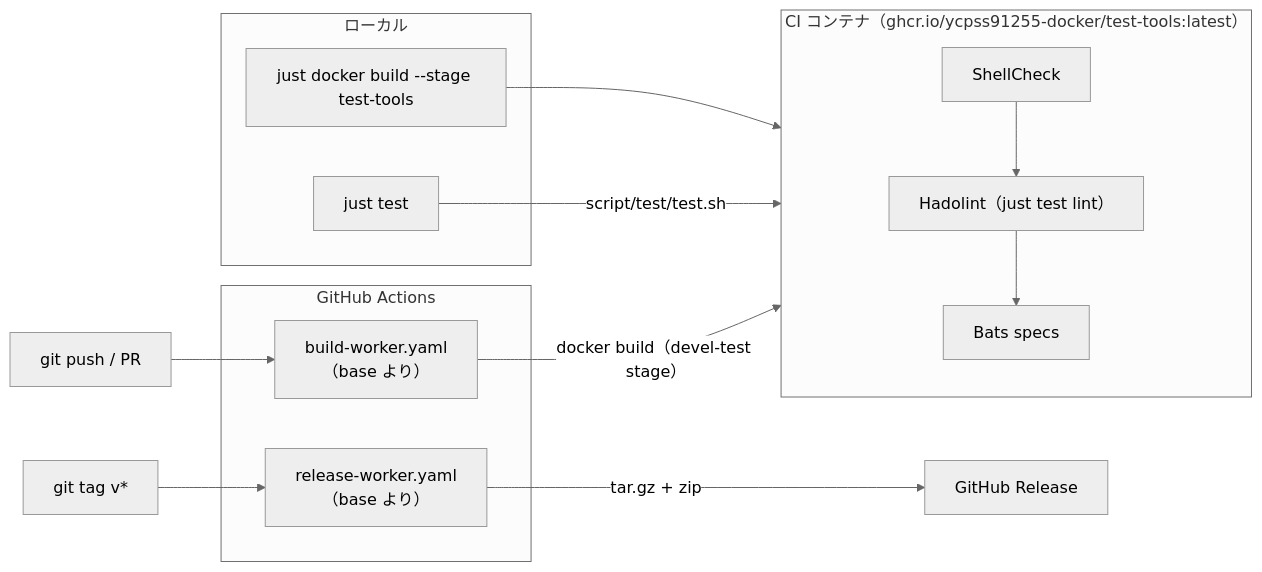
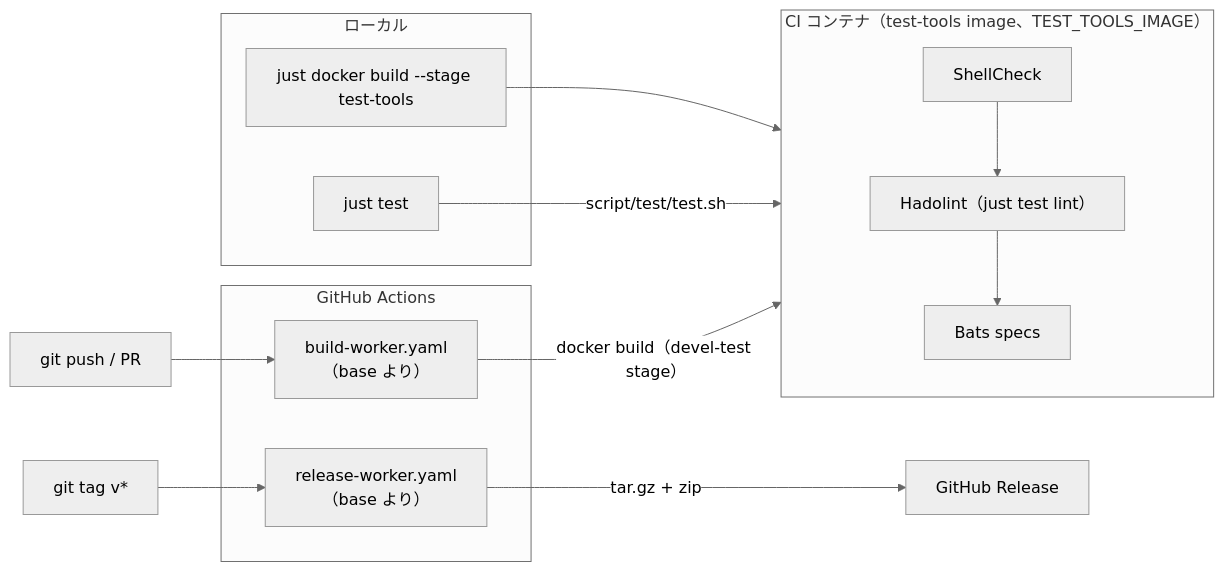
Before and after one commit to ycpss91255-docker/base: the second of 2 diagrams in doc/readme/README.ja.md, drawn with Mermaid (neutral theme). The commit also changed other lines of this file and 6 other files, not shown here.

First line of the commit message:
docs(changelog): record the TEST_TOOLS_IMAGE no-default decision (refs #896)

````diff
--- a/doc/readme/README.ja.md
+++ b/doc/readme/README.ja.md
@@ -113,27 +113,27 @@
 ```mermaid
 flowchart LR
     subgraph local["ローカル"]
         just_test["just test"]
         just_build["just docker build --stage test-tools"]
     end
 
-    subgraph ci_container["CI コンテナ（ghcr.io/ycpss91255-docker/test-tools:latest）"]
+    subgraph ci_container["CI コンテナ（test-tools image、TEST_TOOLS_IMAGE）"]
         shellcheck["ShellCheck"]
         hadolint["Hadolint（just test lint）"]
         bats["Bats specs"]
     end
 
     subgraph github["GitHub Actions"]
         build_worker["build-worker.yaml<br/>（base より）"]
         release_worker["release-worker.yaml<br/>（base より）"]
     end
 
     just_build --> ci_container
     just_test -->|"script/test/test.sh"| ci_container
     shellcheck --> hadolint --> bats
 
     push["git push / PR"] --> build_worker
     build_worker -->|"docker build（devel-test stage）"| ci_container
     tag["git tag v*"] --> release_worker
     release_worker -->|"tar.gz + zip"| release["GitHub Release"]
 ```
````
